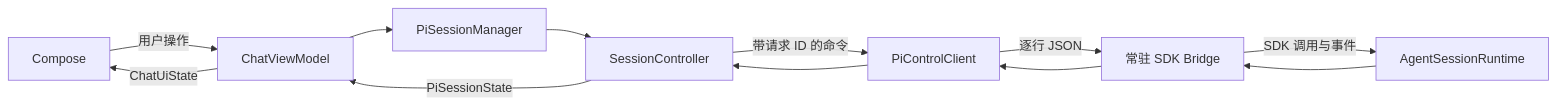
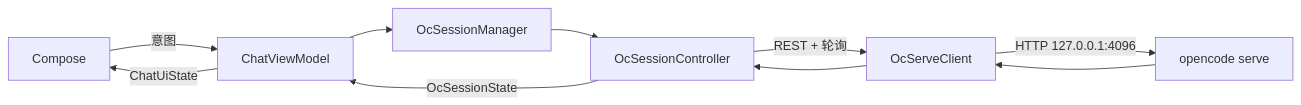
Before and after one commit to lizereride90/PIRT-OPENCODE: the third of 3 diagrams in docs/architecture.zh-CN.md, drawn with Mermaid. The commit also changed other lines of this file and 42 other files, not shown here.

Commit message:
OpenCode replaces Pi: serve client, managers, auth, UI, MCPs, cached CI

````diff
--- a/docs/architecture.zh-CN.md
+++ b/docs/architecture.zh-CN.md
@@ -68,14 +63,12 @@
 ```mermaid
 flowchart LR
-    UI["Compose"] -->|用户操作| VM["ChatViewModel"]
-    VM --> M["PiSessionManager"]
-    M --> C["SessionController"]
-    C -->|带请求 ID 的命令| CONTROL["PiControlClient"]
-    CONTROL -->|逐行 JSON| BRIDGE["常驻 SDK Bridge"]
-    BRIDGE -->|SDK 调用与事件| PI["AgentSessionRuntime"]
-    PI --> BRIDGE
-    BRIDGE --> CONTROL
-    CONTROL --> C
-    C -->|PiSessionState| VM
+    UI["Compose"] -->|意图| VM["ChatViewModel"]
+    VM --> M["OcSessionManager"]
+    M --> C["OcSessionController"]
+    C -->|REST + 轮询| SERVE["OcServeClient"]
+    SERVE -->|HTTP 127.0.0.1:4096| OC["opencode serve"]
+    OC --> SERVE
+    SERVE --> C
+    C -->|OcSessionState| VM
     VM -->|ChatUiState| UI
 ```
````
